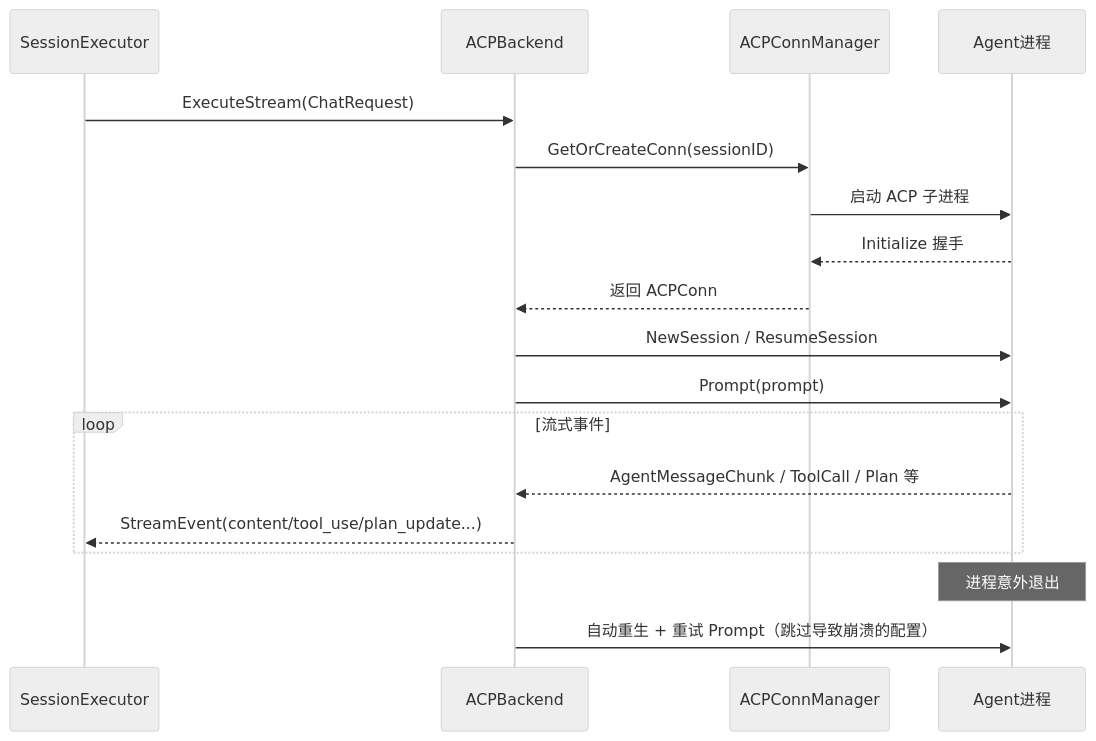
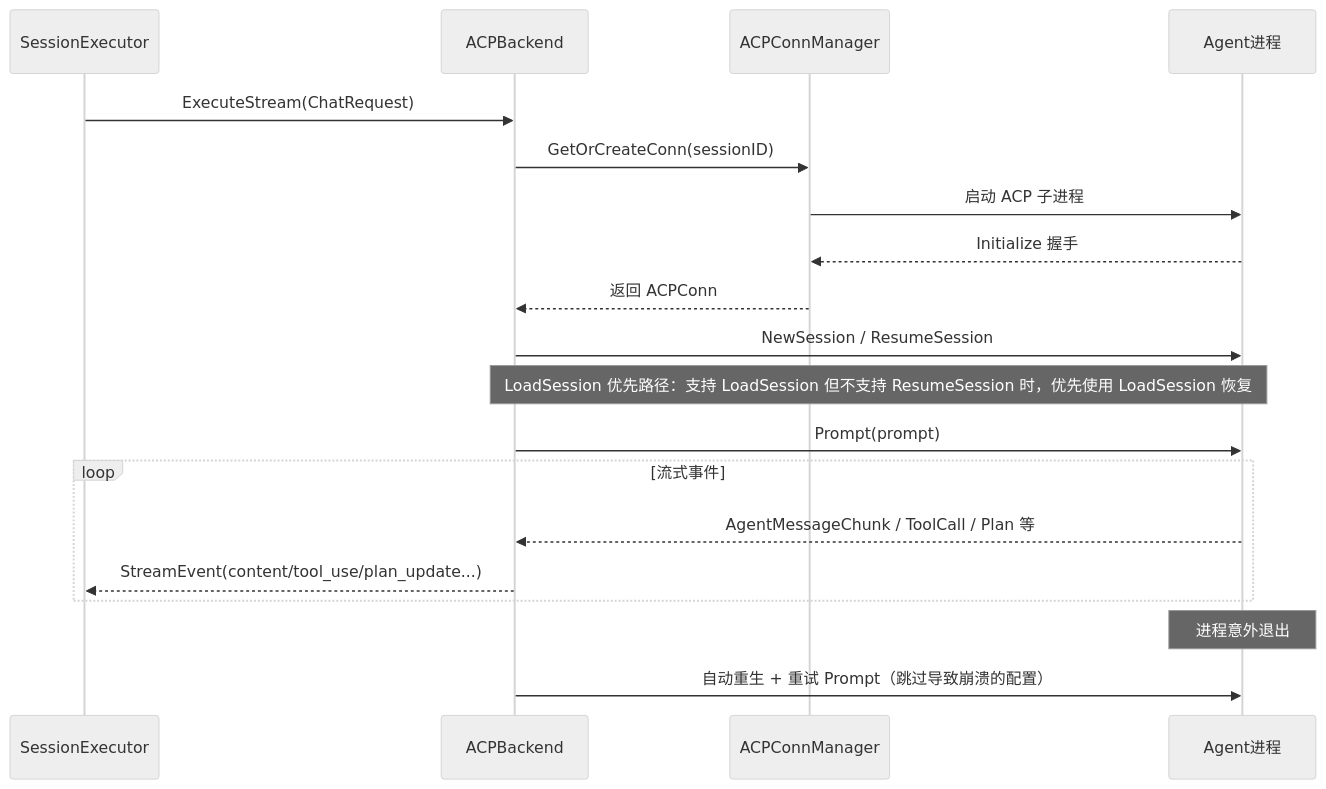
One commit to 0REZ/clawbench changed the second of 3 diagrams in docs/spec/core/ai-backend.md. Above: the diagram before and after it, drawn with Mermaid (neutral theme). The commit also changed other lines of this file and 128 other files, not shown here.

````diff
--- a/docs/spec/core/ai-backend.md
+++ b/docs/spec/core/ai-backend.md
@@ -27,21 +27,22 @@
 ```mermaid
 sequenceDiagram
     participant SessionExecutor
     participant ACPBackend
     participant ACPConnManager
     participant Agent进程
 
     SessionExecutor->>ACPBackend: ExecuteStream(ChatRequest)
     ACPBackend->>ACPConnManager: GetOrCreateConn(sessionID)
     ACPConnManager->>Agent进程: 启动 ACP 子进程
     Agent进程-->>ACPConnManager: Initialize 握手
     ACPConnManager-->>ACPBackend: 返回 ACPConn
     ACPBackend->>Agent进程: NewSession / ResumeSession
+    Note over ACPBackend,Agent进程: LoadSession 优先路径：支持 LoadSession 但不支持 ResumeSession 时，优先使用 LoadSession 恢复
     ACPBackend->>Agent进程: Prompt(prompt)
     loop 流式事件
         Agent进程-->>ACPBackend: AgentMessageChunk / ToolCall / Plan 等
         ACPBackend-->>SessionExecutor: StreamEvent(content/tool_use/plan_update...)
     end
     Note over Agent进程: 进程意外退出
     ACPBackend->>Agent进程: 自动重生 + 重试 Prompt（跳过导致崩溃的配置）
 ```
````
